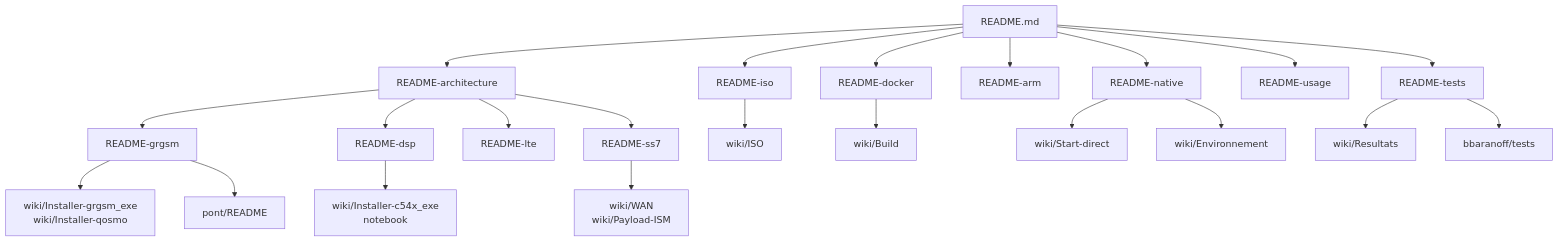
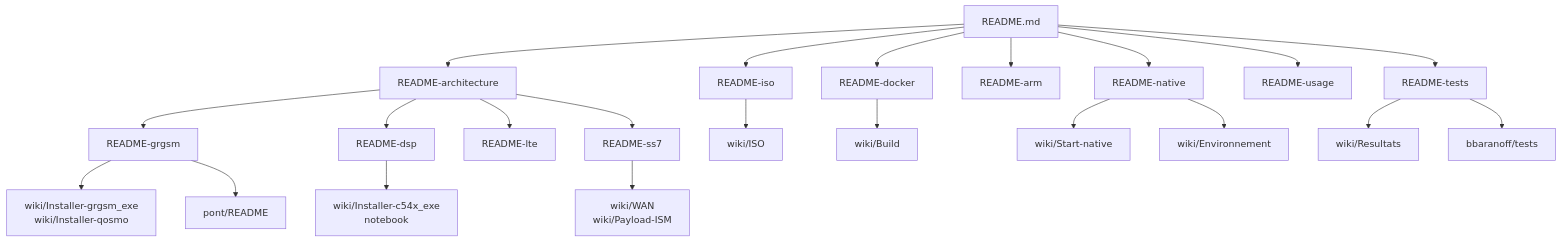
One commit to bbaranoff/osmo-operator changed the first of 2 diagrams in doc/README-docs.md. Above: the diagram before and after it, drawn with Mermaid. The commit also changed other lines of this file and 146 other files, not shown here.

````diff
--- a/doc/README-docs.md
+++ b/doc/README-docs.md
@@ -7,24 +7,24 @@
 ```mermaid
 flowchart TD
     R["README.md"] --> ISO["README-iso"]
     R --> DOC["README-docker"]
     R --> NAT["README-native"]
     R --> ARM["README-arm"]
     R --> ARCH["README-architecture"]
     ARCH --> GR["README-grgsm"]
     ARCH --> DSP["README-dsp"]
     ARCH --> LTE["README-lte"]
     ARCH --> SS7["README-ss7"]
     R --> USE["README-usage"]
     R --> TST["README-tests"]
     ISO --> W_ISO["wiki/ISO"]
     DOC --> W_BUILD["wiki/Build"]
-    NAT --> W_SD["wiki/Start-direct"]
+    NAT --> W_SD["wiki/Start-native"]
     NAT --> W_ENV["wiki/Environnement"]
     GR --> W_GR["wiki/Installer-grgsm_exe<br/>wiki/Installer-qosmo"]
     DSP --> W_DSP["wiki/Installer-c54x_exe<br/>notebook"]
     SS7 --> W_WAN["wiki/WAN<br/>wiki/Payload-ISM"]
     TST --> W_RES["wiki/Resultats"]
     TST --> T_REPO["bbaranoff/tests"]
     GR --> PONT["pont/README"]
 ```
````
